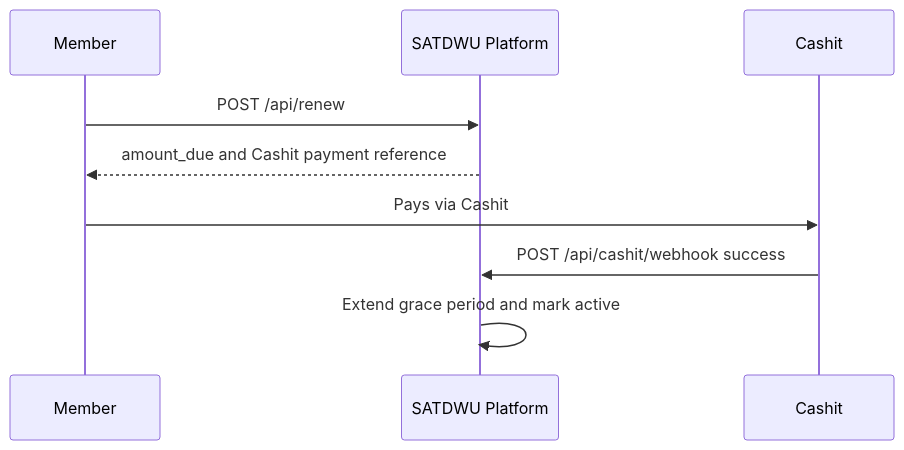
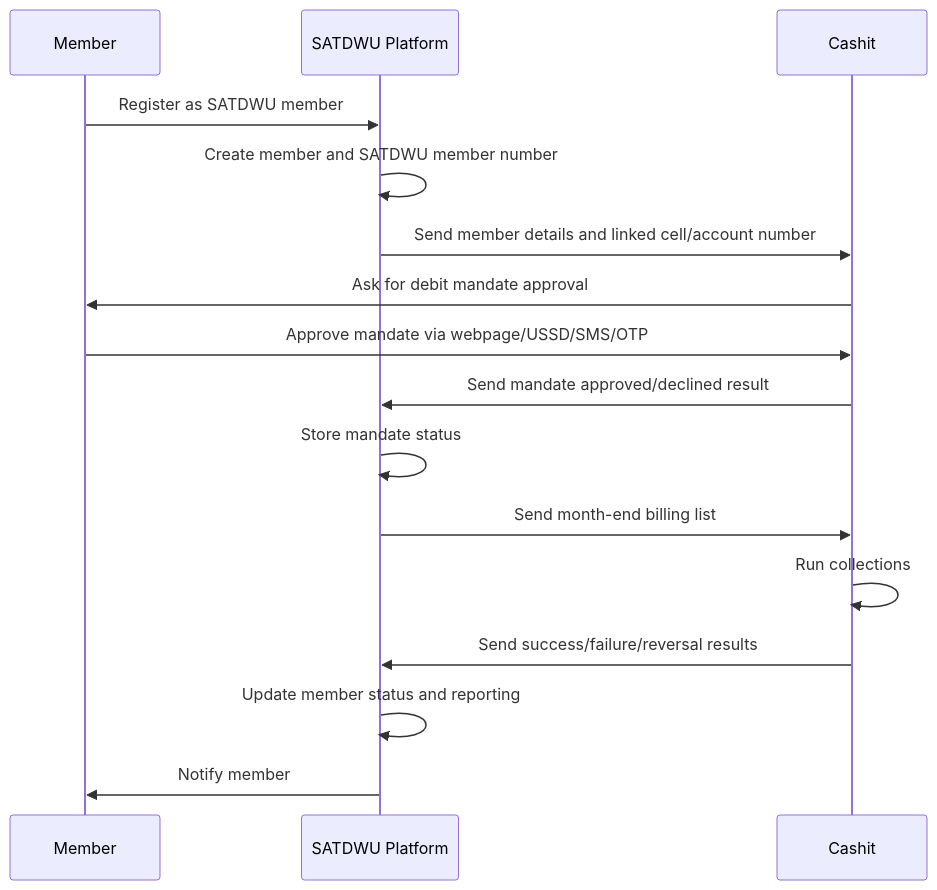
Before and after one commit to RogerBez/satdwu-membership-platform: the third of 3 diagrams in FUNCTIONALITY_AND_SYSTEM_RELATIONSHIPS.md, drawn with Mermaid. The commit also changed other lines of this file and 1 other file, not shown here.

Commit message:
docs: clarify Cashit mandate and billing flow

````diff
--- a/FUNCTIONALITY_AND_SYSTEM_RELATIONSHIPS.md
+++ b/FUNCTIONALITY_AND_SYSTEM_RELATIONSHIPS.md
@@ -151,12 +160,19 @@
 ```mermaid
 sequenceDiagram
   participant Member as Member
   participant SAT as SATDWU Platform
   participant Cashit as Cashit
 
-  Member->>SAT: POST /api/renew
-  SAT-->>Member: amount_due and Cashit payment reference
-  Member->>Cashit: Pays via Cashit
-  Cashit->>SAT: POST /api/cashit/webhook success
-  SAT->>SAT: Extend grace period and mark active
+  Member->>SAT: Register as SATDWU member
+  SAT->>SAT: Create member and SATDWU member number
+  SAT->>Cashit: Send member details and linked cell/account number
+  Cashit->>Member: Ask for debit mandate approval
+  Member->>Cashit: Approve mandate via webpage/USSD/SMS/OTP
+  Cashit->>SAT: Send mandate approved/declined result
+  SAT->>SAT: Store mandate status
+  SAT->>Cashit: Send month-end billing list
+  Cashit->>Cashit: Run collections
+  Cashit->>SAT: Send success/failure/reversal results
+  SAT->>SAT: Update member status and reporting
+  SAT->>Member: Notify member
 ```
````
